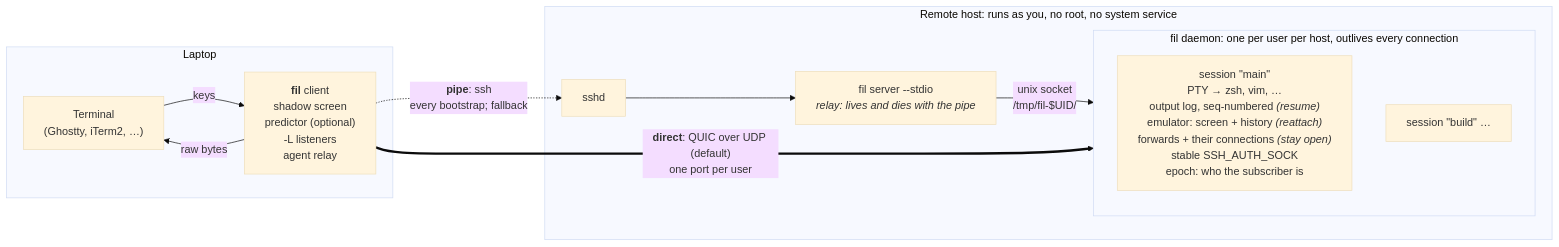
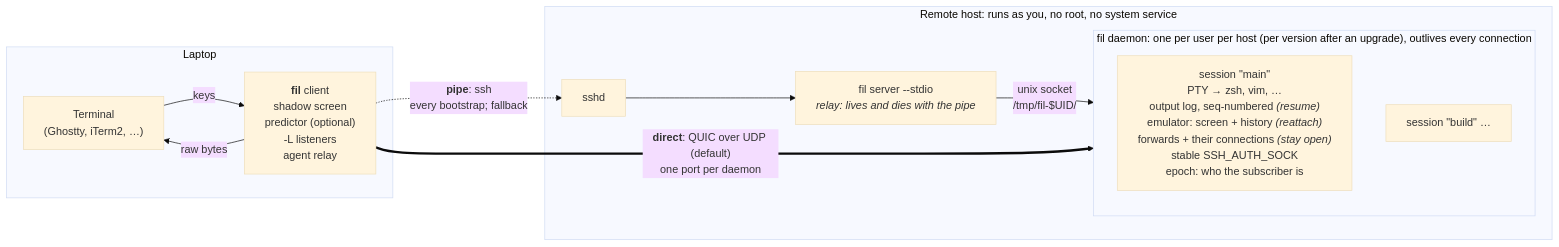
Before and after one commit to anthonytw/fil: the diagram in DESIGN.md, drawn with Mermaid (base theme). The commit also changed other lines of this file and 15 other files, not shown here.

````diff
--- a/DESIGN.md
+++ b/DESIGN.md
@@ -67,24 +67,24 @@
 ```mermaid
 %%{init: {"flowchart": {"wrappingWidth": 320}}}%%
 flowchart LR
     subgraph laptop["Laptop"]
         term["Terminal<br/>(Ghostty, iTerm2, …)"]
         client["<b>fil</b> client<br/>shadow screen<br/>predictor (optional)<br/>-L listeners<br/>agent relay"]
         term -- keys --> client
         client -- raw bytes --> term
     end
 
     subgraph remote["Remote host: runs as you, no root, no system service"]
         sshd["sshd"]
         relay["fil server --stdio<br/><i>relay: lives and dies with the pipe</i>"]
-        subgraph daemon["fil daemon: one per user per host, outlives every connection"]
+        subgraph daemon["fil daemon: one per user per host (per version after an upgrade), outlives every connection"]
             main["session #quot;main#quot;<br/>PTY → zsh, vim, …<br/>output log, seq-numbered <i>(resume)</i><br/>emulator: screen + history <i>(reattach)</i><br/>forwards + their connections <i>(stay open)</i><br/>stable SSH_AUTH_SOCK<br/>epoch: who the subscriber is"]
             build["session #quot;build#quot; …"]
         end
         sshd --> relay
         relay -- "unix socket<br/>/tmp/fil-$UID/" --> daemon
     end
 
-    client == "<b>direct</b>: QUIC over UDP (default)<br/>one port per user" ==> daemon
+    client == "<b>direct</b>: QUIC over UDP (default)<br/>one port per daemon" ==> daemon
     client -. "<b>pipe</b>: ssh<br/>every bootstrap; fallback" .-> sshd
 ```
````
